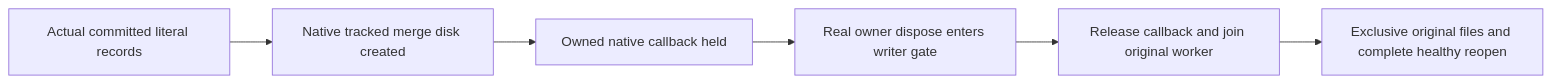
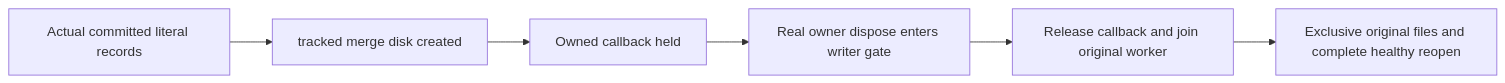
The seventh of 7 diagrams in docs/Features/StorageRecovery.md (managedcode/KeyLoad), drawn with Mermaid before and after one commit. The commit also changed other lines of this file and 9016 other files, not shown here.

````diff
--- a/docs/Features/StorageRecovery.md
+++ b/docs/Features/StorageRecovery.md
@@ -246,8 +246,8 @@
 ```mermaid
 flowchart LR
-  Commit[Actual committed literal records] --> Merge[Native tracked merge disk created]
-  Merge --> Hold[Owned native callback held]
+  Commit[Actual committed literal records] --> Merge[tracked merge disk created]
+  Merge --> Hold[Owned callback held]
   Hold --> Dispose[Real owner dispose enters writer gate]
   Dispose --> Join[Release callback and join original worker]
   Join --> Reopen[Exclusive original files and complete healthy reopen]
 ```
````
